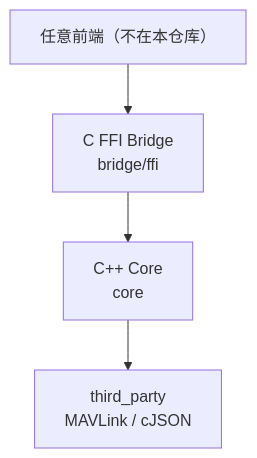
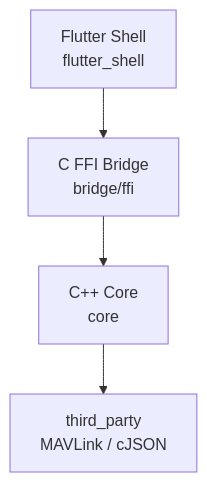
The diagram in docs/ARCHITECTURE.md (mofu2003/M-GCS), drawn with Mermaid before and after one commit. The commit also changed other lines of this file and 50 other files, not shown here.

````diff
--- a/docs/ARCHITECTURE.md
+++ b/docs/ARCHITECTURE.md
@@ -17,11 +18,11 @@
 ```mermaid
 flowchart TB
-    Frontend["任意前端（不在本仓库）"]
+    Frontend["Flutter Shell<br/>flutter_shell"]
     FFI["C FFI Bridge<br/>bridge/ffi"]
     Core["C++ Core<br/>core"]
     Third["third_party<br/>MAVLink / cJSON"]
 
     Frontend --> FFI
     FFI --> Core
     Core --> Third
 ```
````
